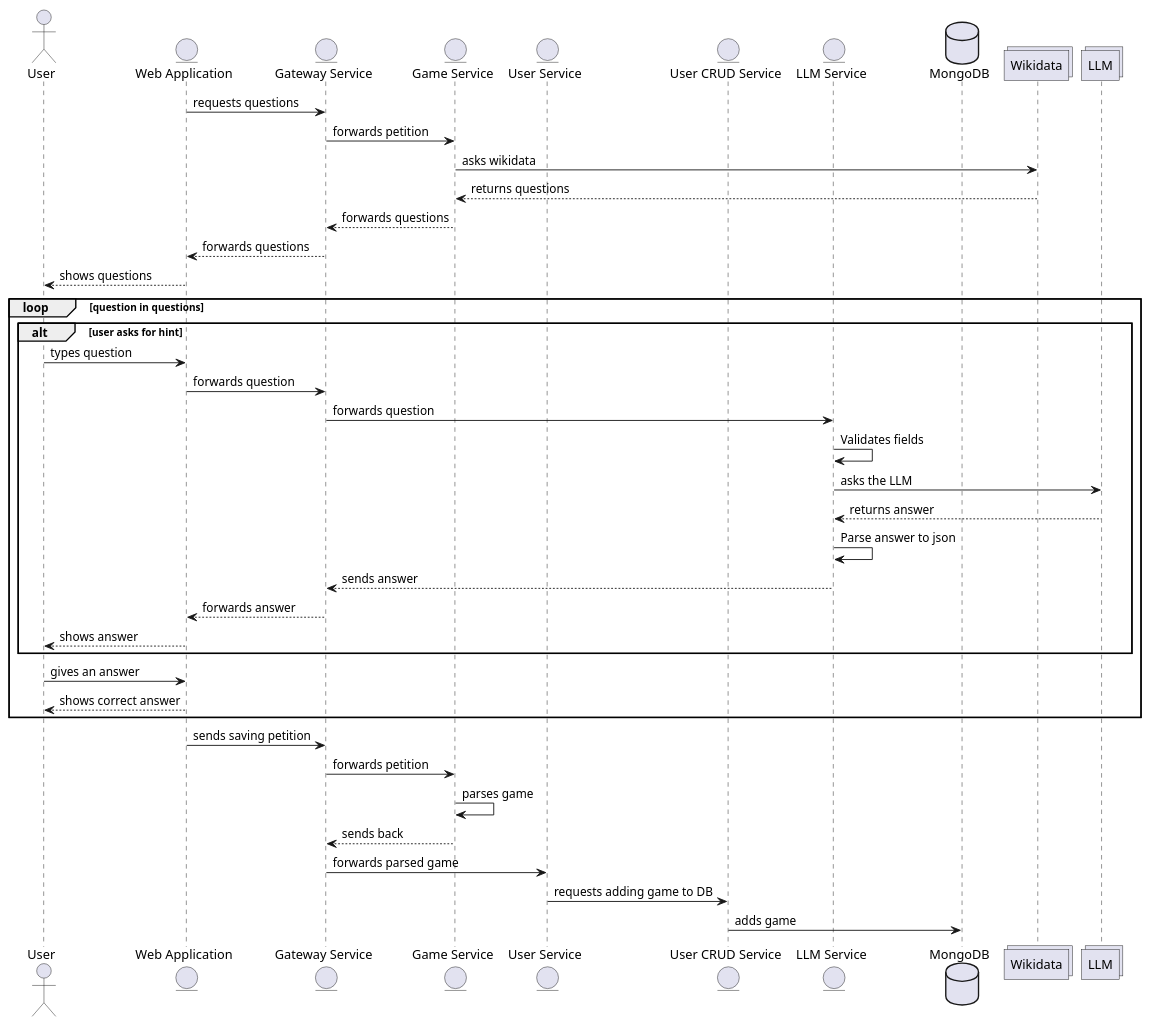
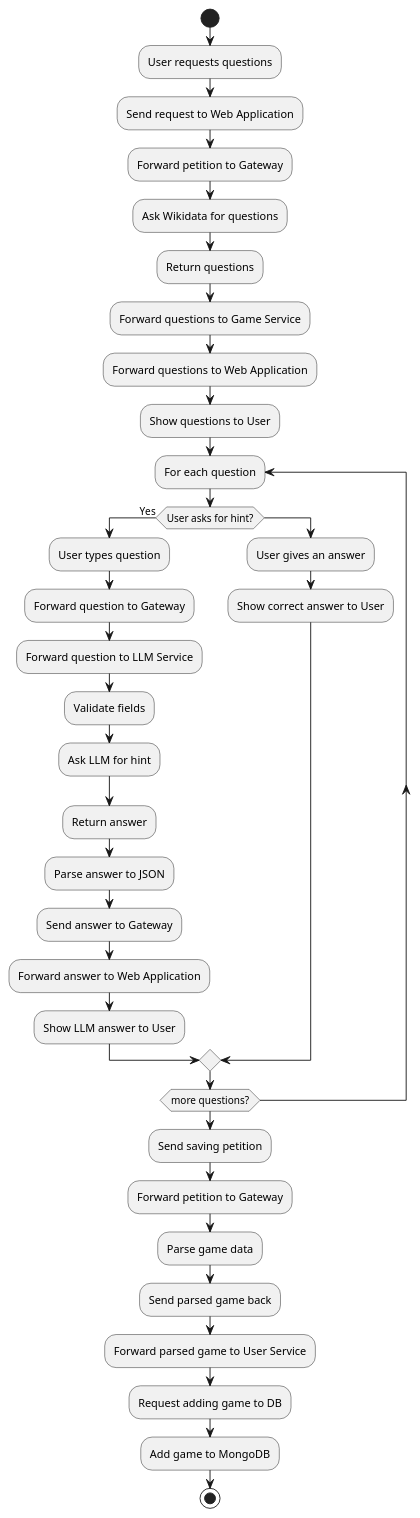
One commit to Arquisoft/wichat_en2b changed the third of 3 diagrams in docs/src/06_runtime_view.adoc. Above: the diagram before and after it, drawn with PlantUML. The commit also changed other lines of this file, not shown here.

Commit message:
#37 Finished refactoring

```diff
--- a/docs/src/06_runtime_view.adoc
+++ b/docs/src/06_runtime_view.adoc
@@ -116,49 +120,42 @@
 [plantuml,"Game diagram",png]
 ----
-actor User
-entity WA as "Web Application"
-entity GS as "Gateway Service"
-entity game as "Game Service"
-entity US as "User Service"
-entity CRUD as "User CRUD Service"
-entity LS as "LLM Service"
-database DB as "MongoDB"
-collections WD as "Wikidata"
-collections LLM 
+start
 
-WA -> GS : requests questions
-GS -> game : forwards petition
-game -> WD : asks wikidata
-game <-- WD : returns questions
-GS <-- game : forwards questions
-WA <-- GS : forwards questions
-User <-- WA : shows questions
+:User requests questions;
+:Send request to Web Application;
+:Forward petition to Gateway;
+:Ask Wikidata for questions; 
+:Return questions;
+:Forward questions to Game Service;
+:Forward questions to Web Application;
+:Show questions to User;
 
-loop question in questions
+repeat :For each question;
     
-    alt user asks for hint
-        User -> WA : types question
-        WA -> GS : forwards question
-        GS -> LS : forwards question
-        LS -> LS : Validates fields
-        LS -> LLM : asks the LLM
+    if (User asks for hint?) then (Yes)
+        :User types question;
+        :Forward question to Gateway;
+        :Forward question to LLM Service;
+        :Validate fields;
+        :Ask LLM for hint;
+        :Return answer;
+        :Parse answer to JSON;
+        :Send answer to Gateway;
+        :Forward answer to Web Application;
+        :Show LLM answer to User;
+    else
+        :User gives an answer;
+        :Show correct answer to User;
+    endif
+repeat while (more questions?)
 
-        LS <-- LLM : returns answer
-        LS -> LS : Parse answer to json
-        GS <-- LS : sends answer
-        WA <-- GS : forwards answer
-        User <-- WA : shows answer
-    end
+:Send saving petition;
+:Forward petition to Gateway;
+:Parse game data;
+:Send parsed game back;
+:Forward parsed game to User Service;
+:Request adding game to DB;
+:Add game to MongoDB;
 
-    User -> WA : gives an answer
-    User <-- WA : shows correct answer
-end
-
-WA -> GS : sends saving petition
-GS -> game : forwards petition
-game -> game : parses game
-game --> GS : sends back 
-GS -> US : forwards parsed game
-US -> CRUD : requests adding game to DB
-CRUD -> DB : adds game
+stop
 ----
```
